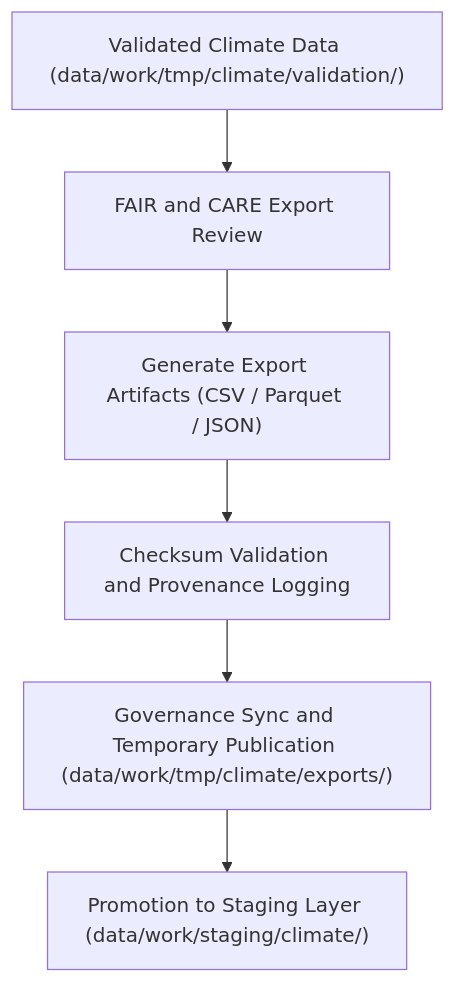
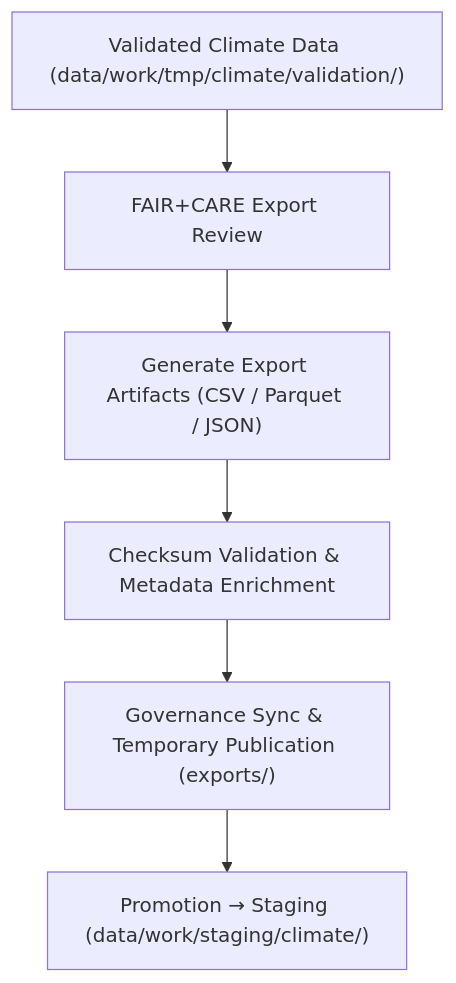
Before and after one commit to bartytime4life/Kansas-Frontier-Matrix: the diagram in data/work/tmp/climate/exports/README.md, drawn with Mermaid. The commit also changed other lines of this file, not shown here.

````diff
--- a/data/work/tmp/climate/exports/README.md
+++ b/data/work/tmp/climate/exports/README.md
@@ -61,8 +69,8 @@
 ```mermaid
 flowchart TD
-    A["Validated Climate Data (data/work/tmp/climate/validation/)"] --> B["FAIR and CARE Export Review"]
+    A["Validated Climate Data (data/work/tmp/climate/validation/)"] --> B["FAIR+CARE Export Review"]
     B --> C["Generate Export Artifacts (CSV / Parquet / JSON)"]
-    C --> D["Checksum Validation and Provenance Logging"]
-    D --> E["Governance Sync and Temporary Publication (data/work/tmp/climate/exports/)"]
-    E --> F["Promotion to Staging Layer (data/work/staging/climate/)"]
+    C --> D["Checksum Validation & Metadata Enrichment"]
+    D --> E["Governance Sync & Temporary Publication (exports/)"]
+    E --> F["Promotion → Staging (data/work/staging/climate/)"]
 ```
````
